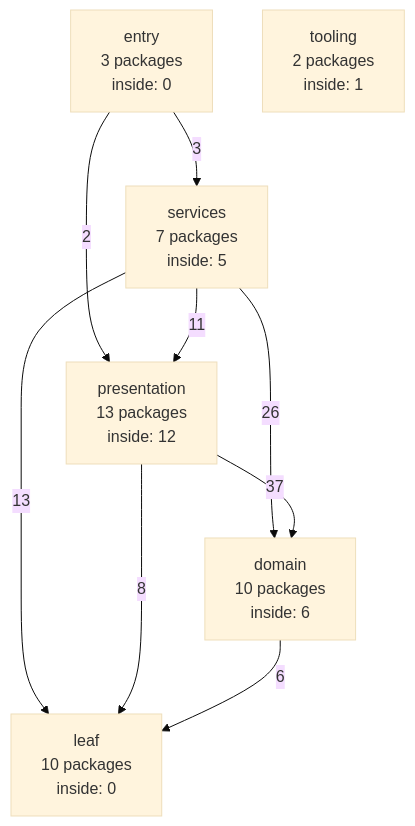
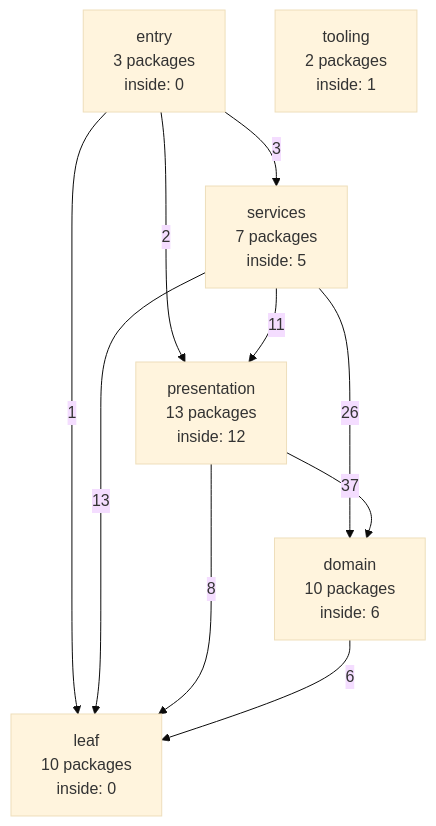
The diagram in docs/internals/generated/package-graph.md (ladydascalie/dm), drawn with Mermaid (base theme) before and after one commit. The commit also changed other lines of this file, not shown here.

````diff
--- a/docs/internals/generated/package-graph.md
+++ b/docs/internals/generated/package-graph.md
@@ -58,17 +58,18 @@
 ```mermaid
 flowchart TD
   entry["entry<br/>3 packages<br/>inside: 0"]
   services["services<br/>7 packages<br/>inside: 5"]
   presentation["presentation<br/>13 packages<br/>inside: 12"]
   domain["domain<br/>10 packages<br/>inside: 6"]
   leaf["leaf<br/>10 packages<br/>inside: 0"]
   tooling["tooling<br/>2 packages<br/>inside: 1"]
   entry -->|3| services
   entry -->|2| presentation
+  entry -->|1| leaf
   services -->|11| presentation
   services -->|26| domain
   services -->|13| leaf
   presentation -->|37| domain
   presentation -->|8| leaf
   domain -->|6| leaf
 ```
````
